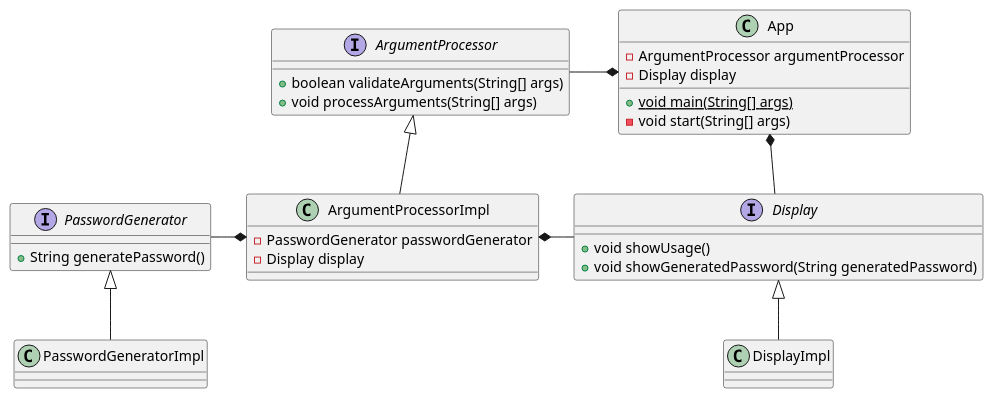
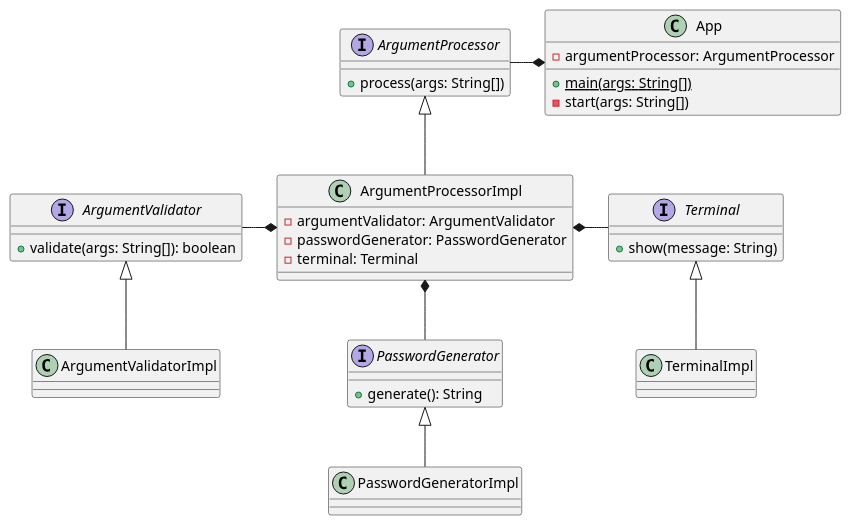
Before and after one commit to djvelimir/demo-java-cli: the diagram in diagrams/Class.puml, drawn with PlantUML. The commit also changed 14 other files, not shown here.

Commit message:
Added argument validator

```diff
--- a/diagrams/Class.puml
+++ b/diagrams/Class.puml
@@ -1,43 +1,51 @@
 @startuml
 'https://plantuml.com/class-diagram
 
 class App {
-    - ArgumentProcessor argumentProcessor
-    - Display display
-    + {static} void main(String[] args)
-    - void start(String[] args)
+    - argumentProcessor: ArgumentProcessor
+    + {static} main(args: String[])
+    - start(args: String[])
+}
+
+interface ArgumentValidator {
+    + validate(args: String[]): boolean
+}
+
+class ArgumentValidatorImpl {
 }
 
 interface ArgumentProcessor {
-    + boolean validateArguments(String[] args)
-    + void processArguments(String[] args)
+    + process(args: String[])
 }
 
 class ArgumentProcessorImpl {
-    - PasswordGenerator passwordGenerator
-    - Display display
+    - argumentValidator: ArgumentValidator
+    - passwordGenerator: PasswordGenerator
+    - terminal: Terminal
 }
 
-interface Display {
-    + void showUsage()
-    + void showGeneratedPassword(String generatedPassword)
+interface Terminal {
+    + show(message: String)
 }
 
-class DisplayImpl {
+class TerminalImpl {
 }
 
 interface PasswordGenerator {
-    +String generatePassword()
+    + generate(): String
 }
 
 class PasswordGeneratorImpl {
 }
+
+ArgumentValidator <|-- ArgumentValidatorImpl
 ArgumentProcessor <|-- ArgumentProcessorImpl
-Display <|-- DisplayImpl
+Terminal <|-- TerminalImpl
 PasswordGenerator <|-- PasswordGeneratorImpl
 
 App *--l ArgumentProcessor
-App *--d Display
-ArgumentProcessorImpl *--r Display
-ArgumentProcessorImpl *--l PasswordGenerator
+
+ArgumentProcessorImpl *--l ArgumentValidator
+ArgumentProcessorImpl *--d PasswordGenerator
+ArgumentProcessorImpl *--r Terminal
 @enduml
```
